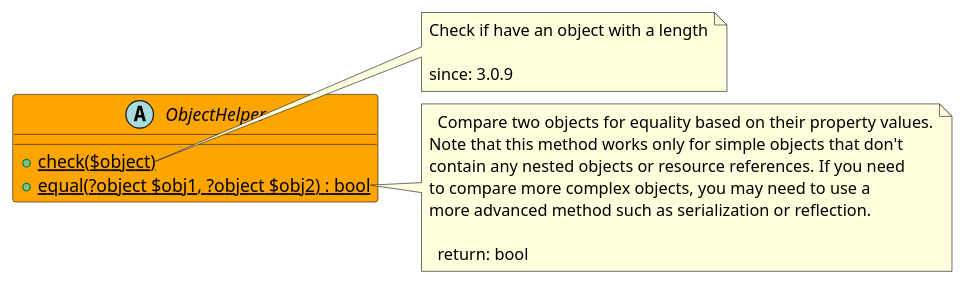
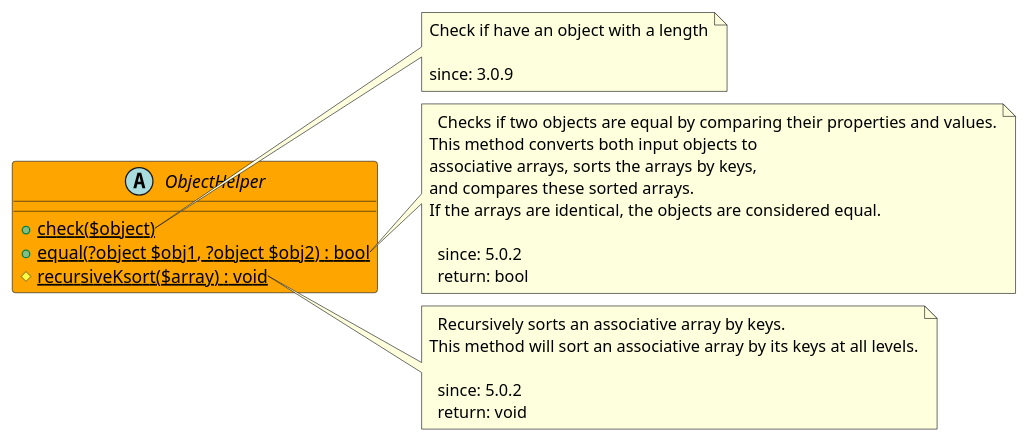
The diagram in src/91004529-94a9-4590-b842-e7c6b624ecf5/README.md (joomengine/super-powers), drawn with PlantUML before and after one commit. The commit also changed 11 other files, not shown here.

````diff
--- a/src/91004529-94a9-4590-b842-e7c6b624ecf5/README.md
+++ b/src/91004529-94a9-4590-b842-e7c6b624ecf5/README.md
@@ -12,25 +12,35 @@
 ```uml
 @startuml
 abstract ObjectHelper  #Orange {
   + {static} check($object)
   + {static} equal(?object $obj1, ?object $obj2) : bool
+  # {static} recursiveKsort($array) : void
 }
 
 note right of ObjectHelper::check
   Check if have an object with a length
 
   since: 3.0.9
 end note
 
 note right of ObjectHelper::equal
-  Compare two objects for equality based on their property values.
-Note that this method works only for simple objects that don't
-contain any nested objects or resource references. If you need
-to compare more complex objects, you may need to use a
-more advanced method such as serialization or reflection.
+  Checks if two objects are equal by comparing their properties and values.
+This method converts both input objects to
+associative arrays, sorts the arrays by keys,
+and compares these sorted arrays.
+If the arrays are identical, the objects are considered equal.
 
+  since: 5.0.2
   return: bool
+end note
+
+note right of ObjectHelper::recursiveKsort
+  Recursively sorts an associative array by keys.
+This method will sort an associative array by its keys at all levels.
+
+  since: 5.0.2
+  return: void
 end note
  
 @enduml
 ```
````
